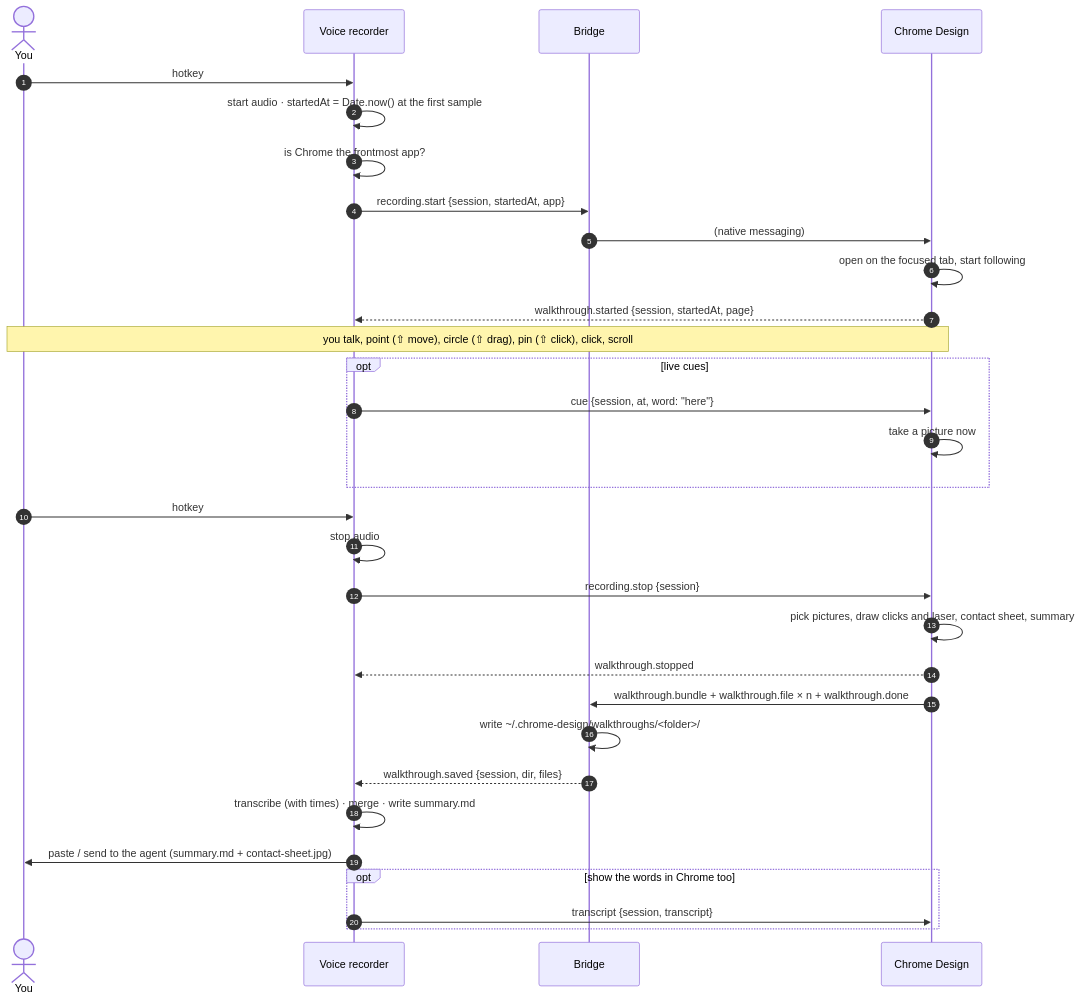
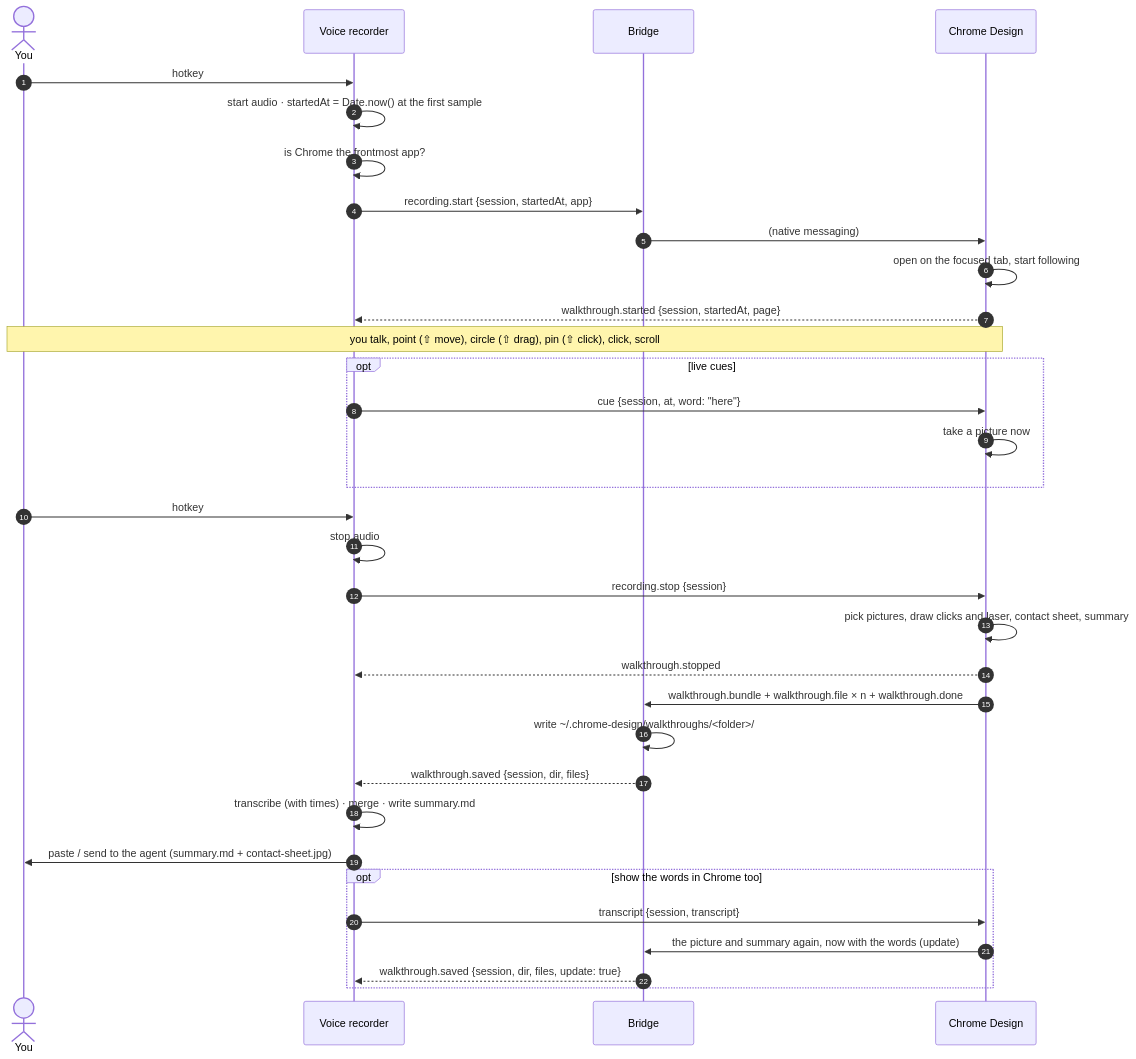
Before and after one commit to SilverlightStudios/chrome-design: the second of 3 diagrams in docs/WALKTHROUGH.md, drawn with Mermaid. The commit also changed other lines of this file and 25 other files, not shown here.

First line of the commit message:
Walkthrough on the toolbar, fluid tooltips, a glass selection bar, one walkthrough picture

````diff
--- a/docs/WALKTHROUGH.md
+++ b/docs/WALKTHROUGH.md
@@ -68,33 +68,35 @@
 ```mermaid
 sequenceDiagram
   autonumber
   actor You
   participant R as Voice recorder
   participant B as Bridge
   participant C as Chrome Design
   You->>R: hotkey
   R->>R: start audio · startedAt = Date.now() at the first sample
   R->>R: is Chrome the frontmost app?
   R->>B: recording.start {session, startedAt, app}
   B->>C: (native messaging)
   C->>C: open on the focused tab, start following
   C-->>R: walkthrough.started {session, startedAt, page}
   Note over You,C: you talk, point (⇧ move), circle (⇧ drag), pin (⇧ click), click, scroll
   opt live cues
     R->>C: cue {session, at, word: "here"}
     C->>C: take a picture now
   end
   You->>R: hotkey
   R->>R: stop audio
   R->>C: recording.stop {session}
   C->>C: pick pictures, draw clicks and laser, contact sheet, summary
   C-->>R: walkthrough.stopped
   C->>B: walkthrough.bundle + walkthrough.file × n + walkthrough.done
   B->>B: write ~/.chrome-design/walkthroughs/<folder>/
   B-->>R: walkthrough.saved {session, dir, files}
   R->>R: transcribe (with times) · merge · write summary.md
   R->>You: paste / send to the agent (summary.md + contact-sheet.jpg)
   opt show the words in Chrome too
     R->>C: transcript {session, transcript}
+    C->>B: the picture and summary again, now with the words (update)
+    B-->>R: walkthrough.saved {session, dir, files, update: true}
   end
 ```
````
